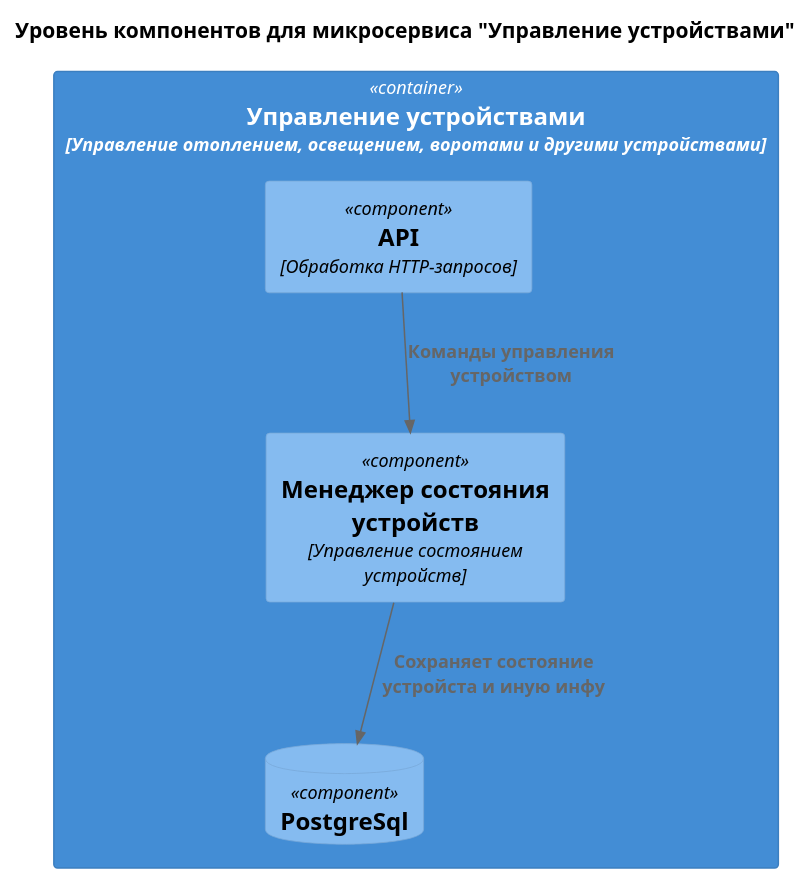
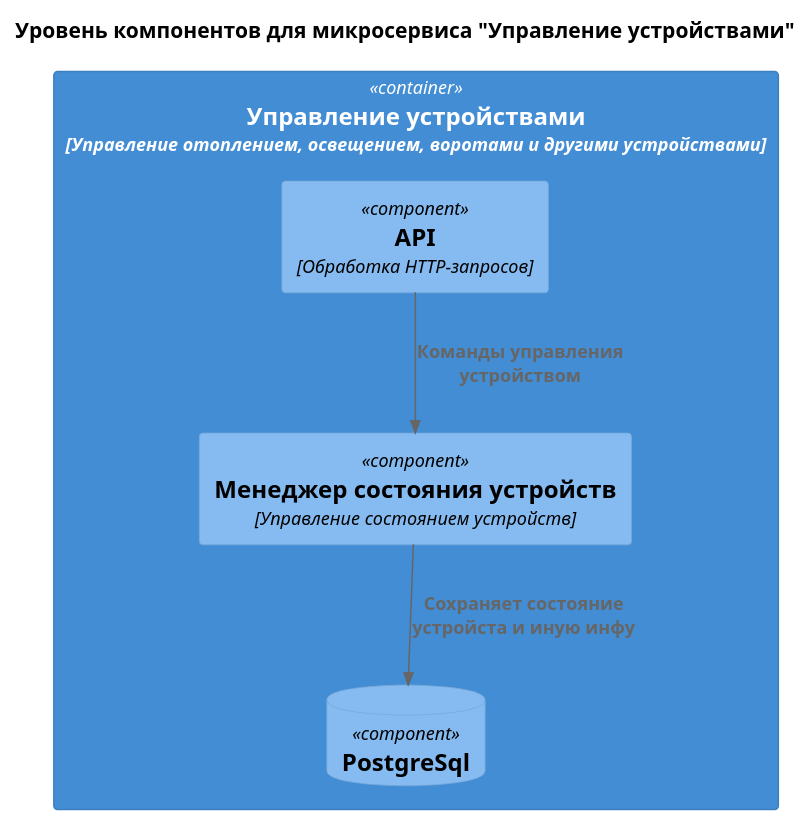
One commit to sadam-agashirinov/architecture-sprint-3 changed the diagram in diagrams/device_management_compnent.puml. Above: the diagram before and after it, drawn with PlantUML. The commit also changed 3 other files, not shown here.

Commit message:
feat: Задание 2. Проектирование микросервисной архитектуры: диаграмма компонента Система подключения и настройки новых устройств

```diff
--- a/diagrams/device_management_compnent.puml
+++ b/diagrams/device_management_compnent.puml
@@ -1,15 +1,17 @@
 @startuml device_management_component
 !include https://raw.githubusercontent.com/plantuml-stdlib/C4-PlantUML/master/C4_Component.puml
+
+skinparam wrapWidth 300
 
 title Уровень компонентов для микросервиса "Управление устройствами"
 
 Container(device_management, "Управление устройствами", "Управление отоплением, освещением, воротами и другими устройствами") {
     Component(api, "API", "Обработка HTTP-запросов")
     Component(device_state_manager, "Менеджер состояния устройств", "Управление состоянием устройств")
     ComponentDb(database, "PostgreSql")
 }
 
 Rel(api, device_state_manager, "Команды управления устройством")
 Rel(device_state_manager, database, "Сохраняет состояние устройста и иную инфу")
 
 @enduml
```
